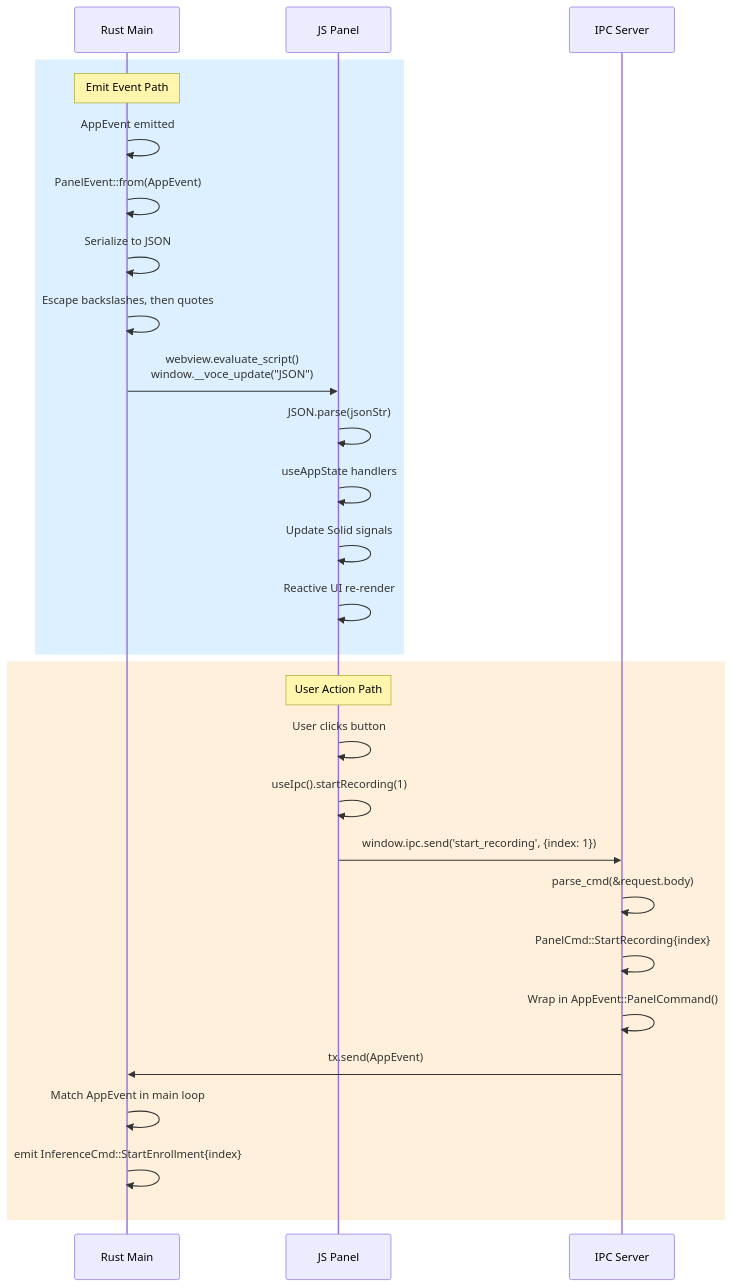
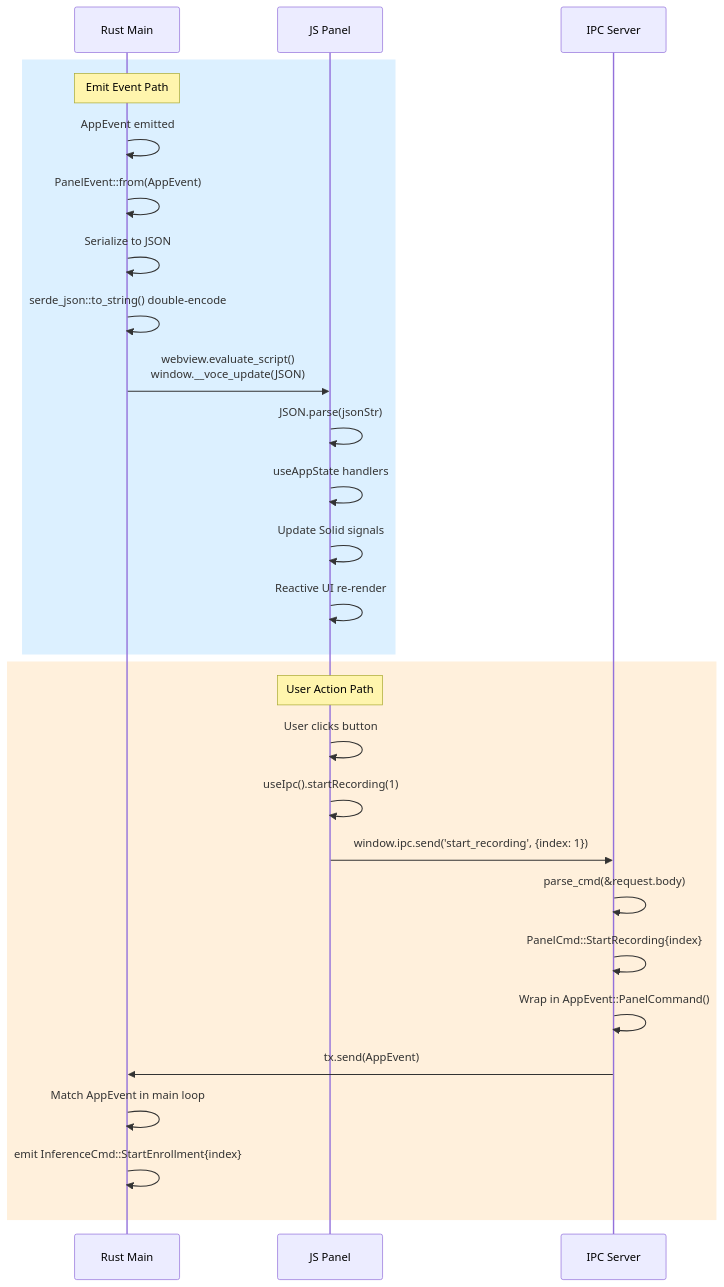
The third of 7 diagrams in docs/architecture.md (espetro/voce), drawn with Mermaid before and after one commit. The commit also changed other lines of this file and 3 other files, not shown here.

````diff
--- a/docs/architecture.md
+++ b/docs/architecture.md
@@ -107,32 +107,32 @@
 ```mermaid
 sequenceDiagram
     participant rust as Rust Main
     participant js as JS Panel
     participant ipc as IPC Server
     
     rect rgb(220, 240, 255)
     Note over rust: Emit Event Path
     rust->>rust: AppEvent emitted
     rust->>rust: PanelEvent::from(AppEvent)
     rust->>rust: Serialize to JSON
-    rust->>rust: Escape backslashes, then quotes
-    rust->>js: webview.evaluate_script()<br/>window.__voce_update("JSON")
+    rust->>rust: serde_json::to_string() double-encode
+    rust->>js: webview.evaluate_script()<br/>window.__voce_update(JSON)
     js->>js: JSON.parse(jsonStr)
     js->>js: useAppState handlers
     js->>js: Update Solid signals
     js->>js: Reactive UI re-render
     end
     
     rect rgb(255, 240, 220)
     Note over js: User Action Path
     js->>js: User clicks button
     js->>js: useIpc().startRecording(1)
     js->>ipc: window.ipc.send('start_recording', {index: 1})
     ipc->>ipc: parse_cmd(&request.body)
     ipc->>ipc: PanelCmd::StartRecording{index}
     ipc->>ipc: Wrap in AppEvent::PanelCommand()
     ipc->>rust: tx.send(AppEvent)
     rust->>rust: Match AppEvent in main loop
     rust->>rust: emit InferenceCmd::StartEnrollment{index}
     end
 ```
````
